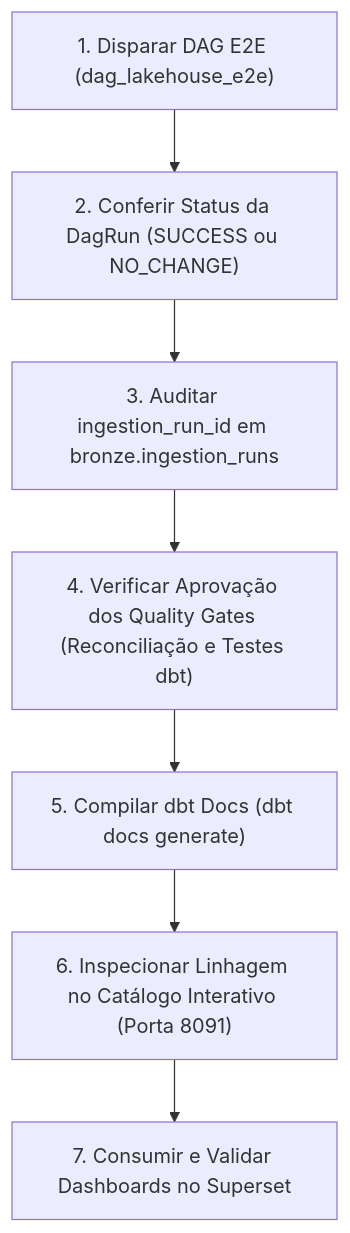
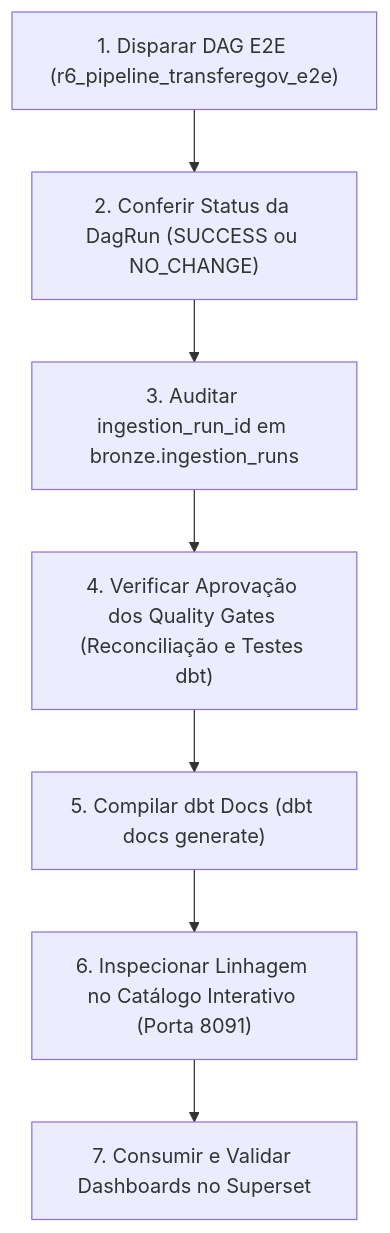
The diagram in docs/governanca/operacao_reprodutibilidade.md (RaimundoMRNeto/lakehouse-transferencias-discricionarias-legais), drawn with Mermaid before and after one commit. The commit also changed other lines of this file and 7 other files, not shown here.

````diff
--- a/docs/governanca/operacao_reprodutibilidade.md
+++ b/docs/governanca/operacao_reprodutibilidade.md
@@ -74,9 +74,9 @@
 ```mermaid
 flowchart TD
-    S1["1. Disparar DAG E2E (dag_lakehouse_e2e)"] --> S2["2. Conferir Status da DagRun (SUCCESS ou NO_CHANGE)"]
+    S1["1. Disparar DAG E2E (r6_pipeline_transferegov_e2e)"] --> S2["2. Conferir Status da DagRun (SUCCESS ou NO_CHANGE)"]
     S2 --> S3["3. Auditar ingestion_run_id em bronze.ingestion_runs"]
     S3 --> S4["4. Verificar Aprovação dos Quality Gates (Reconciliação e Testes dbt)"]
     S4 --> S5["5. Compilar dbt Docs (dbt docs generate)"]
     S5 --> S6["6. Inspecionar Linhagem no Catálogo Interativo (Porta 8091)"]
     S6 --> S7["7. Consumir e Validar Dashboards no Superset"]
 ```
````
